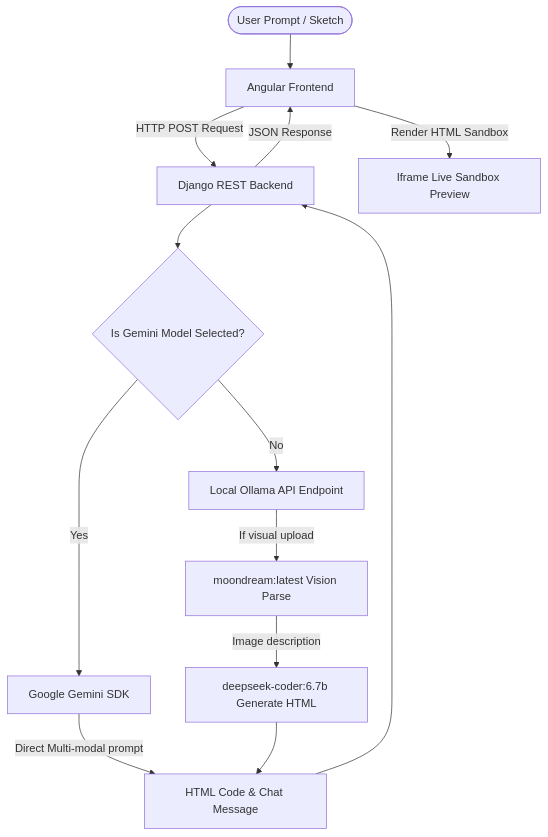
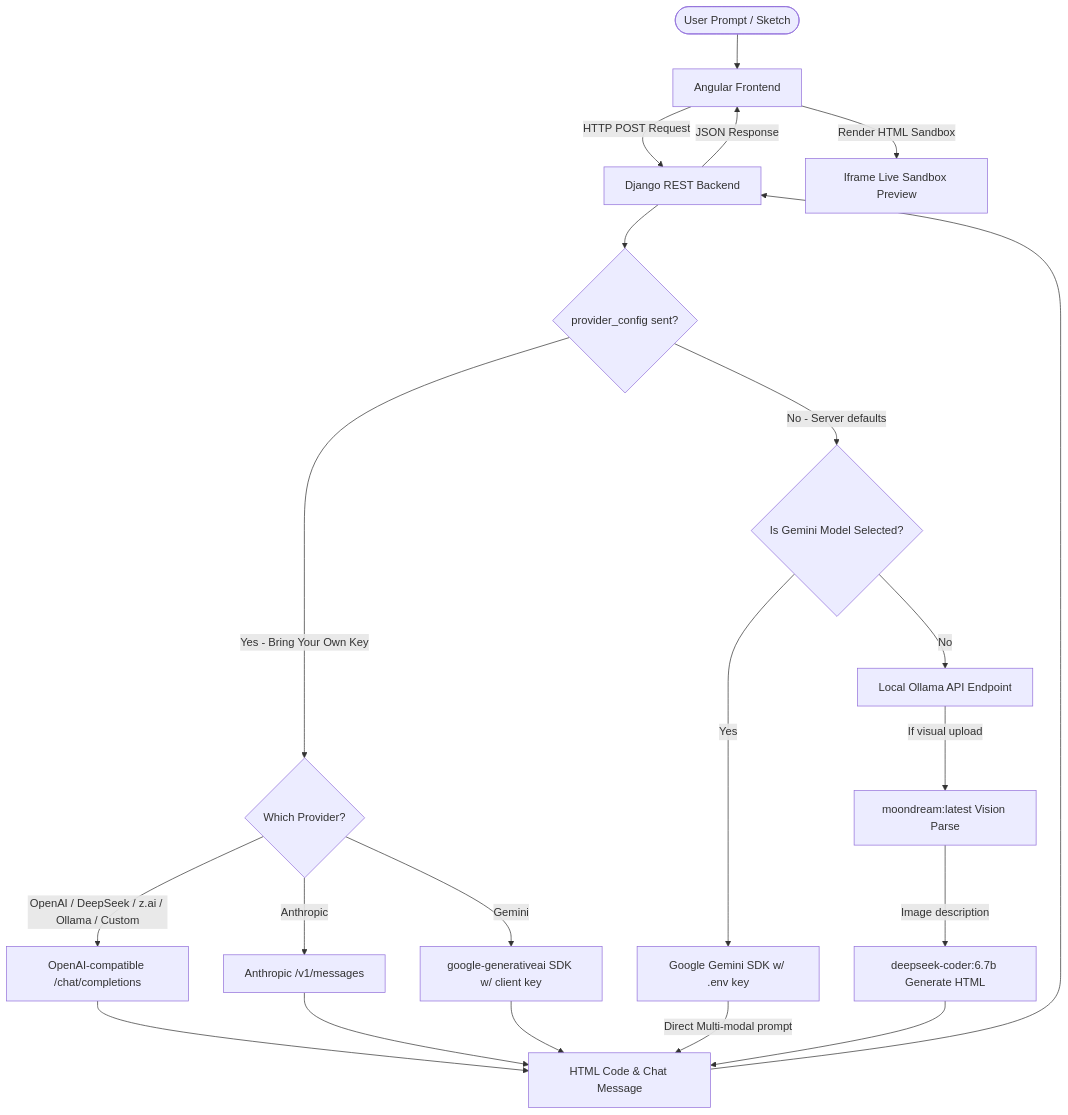
Before and after one commit to PTharanan/Yarl-s-AI: the diagram in README.md, drawn with Mermaid. The commit also changed other lines of this file and 2 other files, not shown here.

Commit message:
feat: update README.md with enhanced provider support and add new screenshots

````diff
--- a/README.md
+++ b/README.md
@@ -203,18 +234,27 @@
 ```mermaid
 graph TD
     User([User Prompt / Sketch]) --> Client[Angular Frontend]
     Client -->|HTTP POST Request| API[Django REST Backend]
-    API --> ModelRoute{Is Gemini Model Selected?}
-    
-    ModelRoute -->|Yes| GeminiAPI[Google Gemini SDK]
+    API --> ProviderCheck{provider_config sent?}
+
+    ProviderCheck -->|Yes - Bring Your Own Key| ProviderRoute{Which Provider?}
+    ProviderRoute -->|OpenAI / DeepSeek / z.ai / Ollama / Custom| OpenAICompat[OpenAI-compatible /chat/completions]
+    ProviderRoute -->|Anthropic| Claude[Anthropic /v1/messages]
+    ProviderRoute -->|Gemini| GeminiClient[google-generativeai SDK w/ client key]
+
+    ProviderCheck -->|No - Server defaults| ModelRoute{Is Gemini Model Selected?}
+    ModelRoute -->|Yes| GeminiAPI[Google Gemini SDK w/ .env key]
     ModelRoute -->|No| OllamaAPI[Local Ollama API Endpoint]
-    
     OllamaAPI -->|If visual upload| Moondream[moondream:latest Vision Parse]
     Moondream -->|Image description| DeepseekCoder[deepseek-coder:6.7b Generate HTML]
-    GeminiAPI -->|Direct Multi-modal prompt| CodeResponse[HTML Code & Chat Message]
+
+    OpenAICompat --> CodeResponse[HTML Code & Chat Message]
+    Claude --> CodeResponse
+    GeminiClient --> CodeResponse
+    GeminiAPI -->|Direct Multi-modal prompt| CodeResponse
     DeepseekCoder --> CodeResponse
-    
+
     CodeResponse --> API
     API -->|JSON Response| Client
     Client -->|Render HTML Sandbox| Preview[Iframe Live Sandbox Preview]
 ```
````
